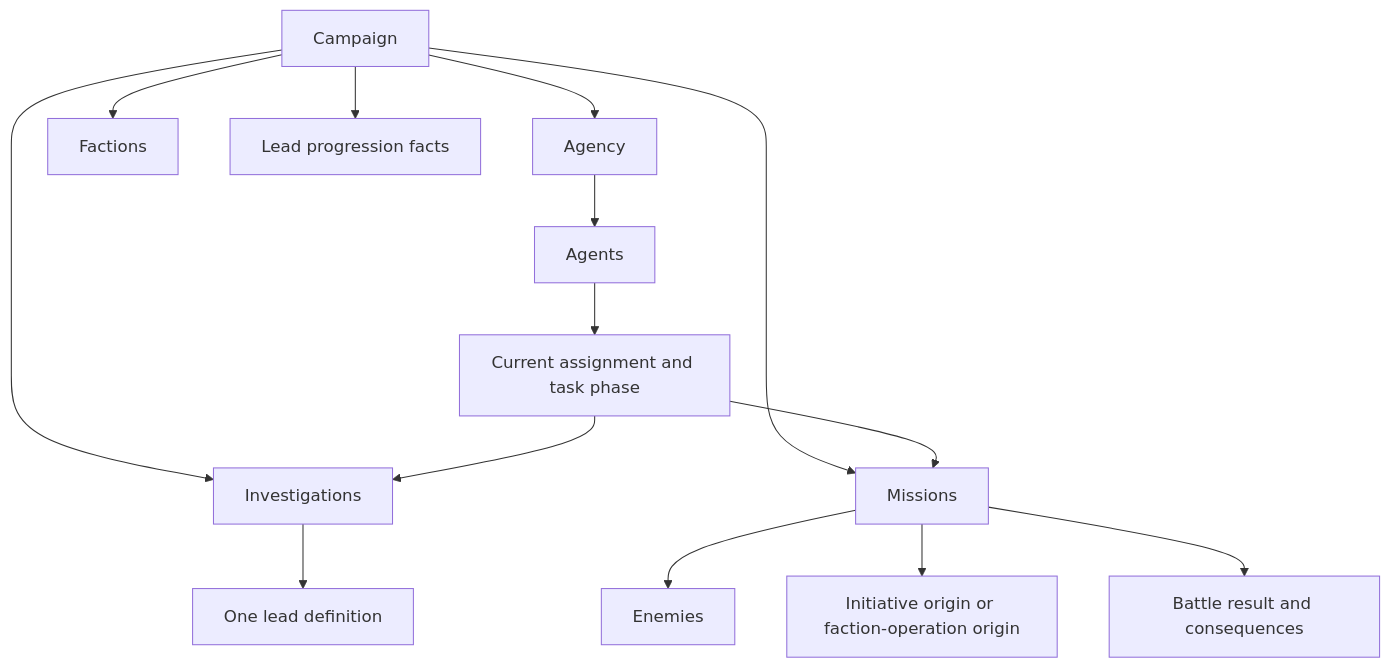
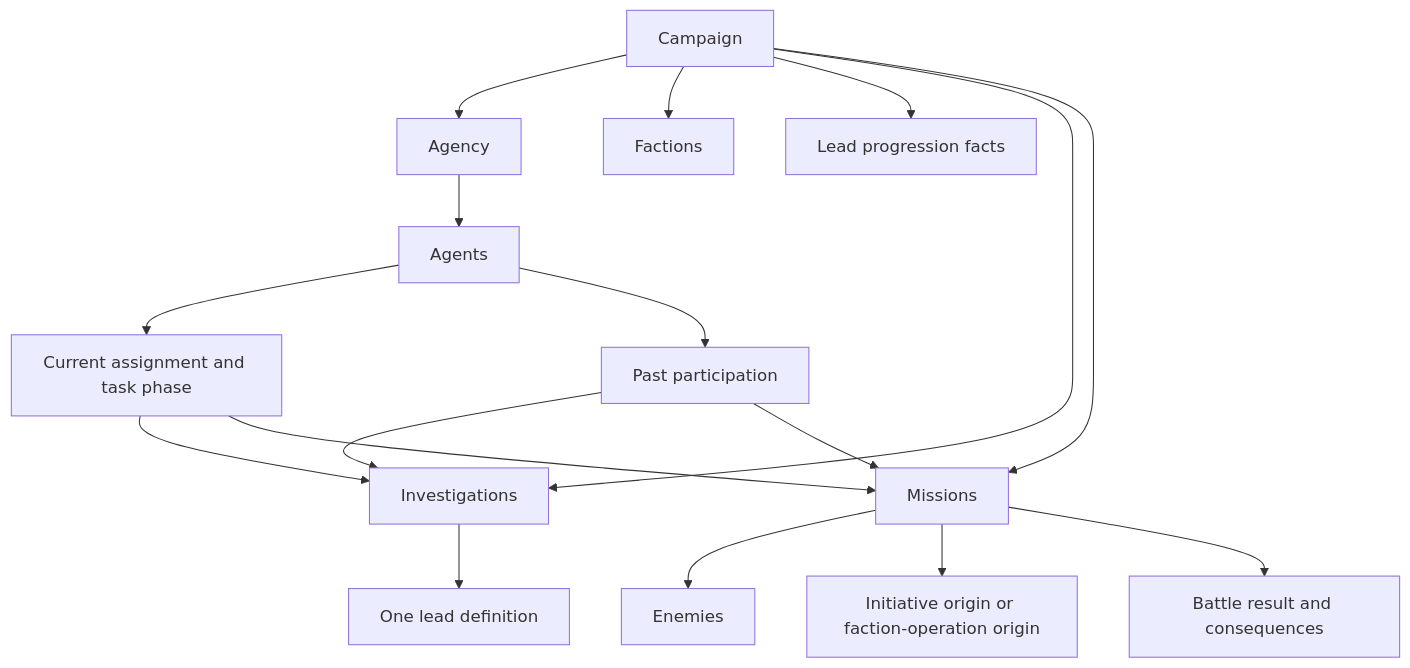
Before and after one commit to konrad-jamrozik/game-v5: the diagram in docs/specs/foundation/domain-model.md, drawn with Mermaid. The commit also changed other lines of this file and 11 other files, not shown here.

````diff
--- a/docs/specs/foundation/domain-model.md
+++ b/docs/specs/foundation/domain-model.md
@@ -108,16 +146,19 @@
 ```mermaid
 flowchart TD
     Campaign --> Agency
     Agency --> Agents
     Campaign --> Factions
     Campaign --> Progression["Lead progression facts"]
     Campaign --> Investigations
     Campaign --> Missions
     Investigations --> Lead["One lead definition"]
     Agents --> Assignment["Current assignment and task phase"]
     Assignment --> Investigations
     Assignment --> Missions
+    Agents --> Participation["Past participation"]
+    Participation --> Investigations
+    Participation --> Missions
     Missions --> Enemies
     Missions --> Origin["Initiative origin or faction-operation origin"]
     Missions --> Result["Battle result and consequences"]
 ```
````
